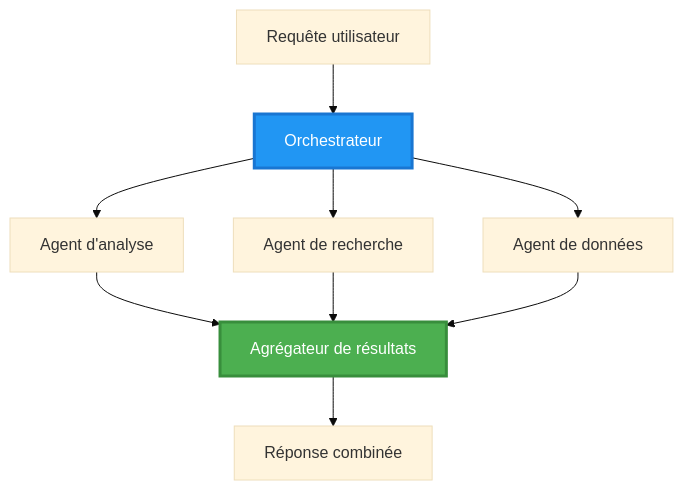
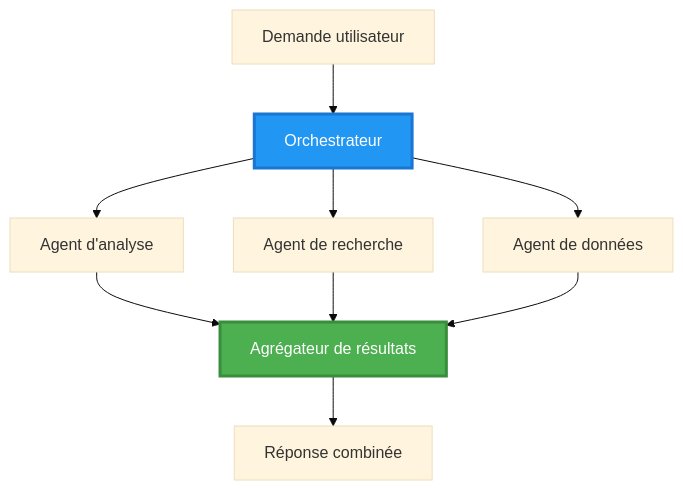
Before and after one commit to microsoft/AZD-for-beginners: the second of 6 diagrams in translations/fr/docs/chapter-06-pre-deployment/coordination-patterns.md, drawn with Mermaid (base theme). The commit also changed other lines of this file and 101 other files, not shown here.

````diff
--- a/translations/fr/docs/chapter-06-pre-deployment/coordination-patterns.md
+++ b/translations/fr/docs/chapter-06-pre-deployment/coordination-patterns.md
@@ -106,22 +101,22 @@
 ```mermaid
 graph TB
-    User[Requête utilisateur]
+    User[Demande utilisateur]
     Orchestrator[Orchestrateur]
     Agent1[Agent d'analyse]
     Agent2[Agent de recherche]
     Agent3[Agent de données]
     Aggregator[Agrégateur de résultats]
     Response[Réponse combinée]
     
     User --> Orchestrator
     Orchestrator --> Agent1
     Orchestrator --> Agent2
     Orchestrator --> Agent3
     Agent1 --> Aggregator
     Agent2 --> Aggregator
     Agent3 --> Aggregator
     Aggregator --> Response
     
     style Orchestrator fill:#2196F3,stroke:#1976D2,stroke-width:3px,color:#fff
     style Aggregator fill:#4CAF50,stroke:#388E3C,stroke-width:3px,color:#fff
 ```
````
